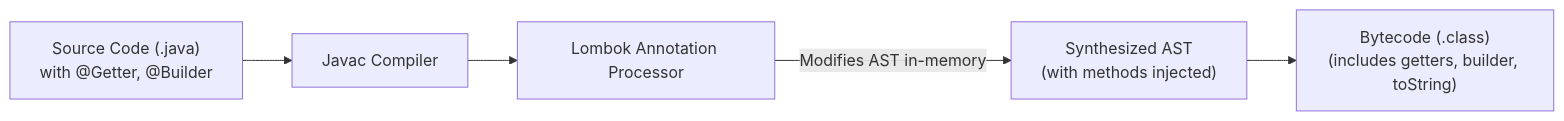
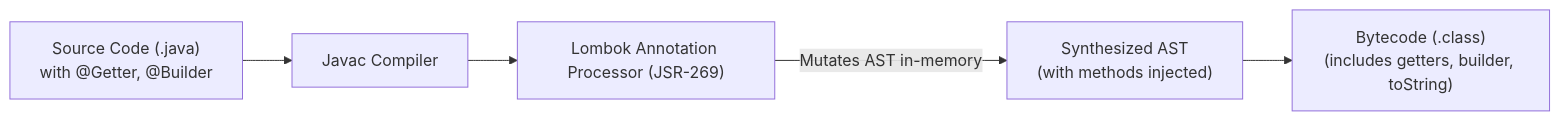
One commit to MKFarag/SOA-Java-Handbook changed the first of 2 diagrams in content/part3-spring/101-boilerplate-elimination-project-lombok-mapstruct.md. Above: the diagram before and after it, drawn with Mermaid. The commit also changed other lines of this file and 186 other files, not shown here.

````diff
--- a/content/part3-spring/101-boilerplate-elimination-project-lombok-mapstruct.md
+++ b/content/part3-spring/101-boilerplate-elimination-project-lombok-mapstruct.md
@@ -25,7 +60,7 @@
 ```mermaid
 flowchart LR
     A["Source Code (.java)\nwith @Getter, @Builder"] --> B["Javac Compiler"]
-    B --> C["Lombok Annotation Processor"]
-    C -->|"Modifies AST in-memory"| D["Synthesized AST\n(with methods injected)"]
+    B --> C["Lombok Annotation Processor (JSR-269)"]
+    C -->|"Mutates AST in-memory"| D["Synthesized AST\n(with methods injected)"]
     D --> E["Bytecode (.class)\n(includes getters, builder, toString)"]
 ```
````
